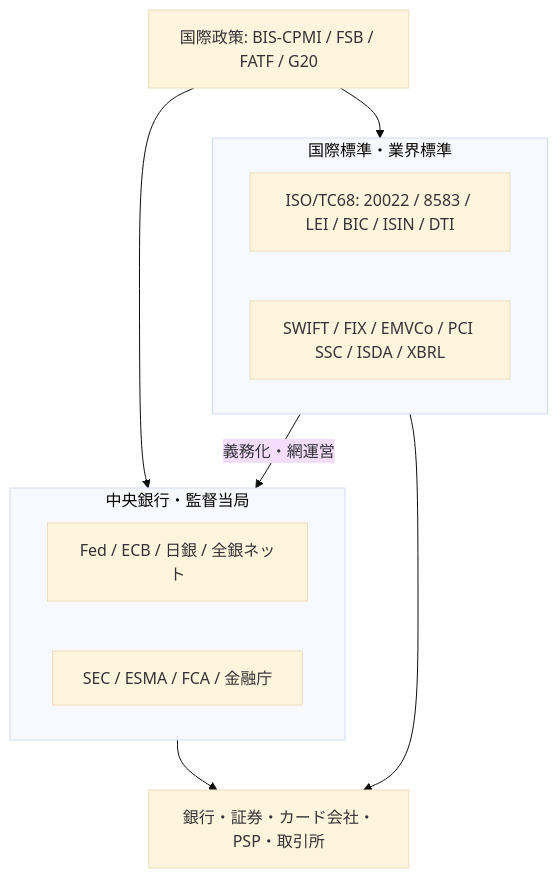
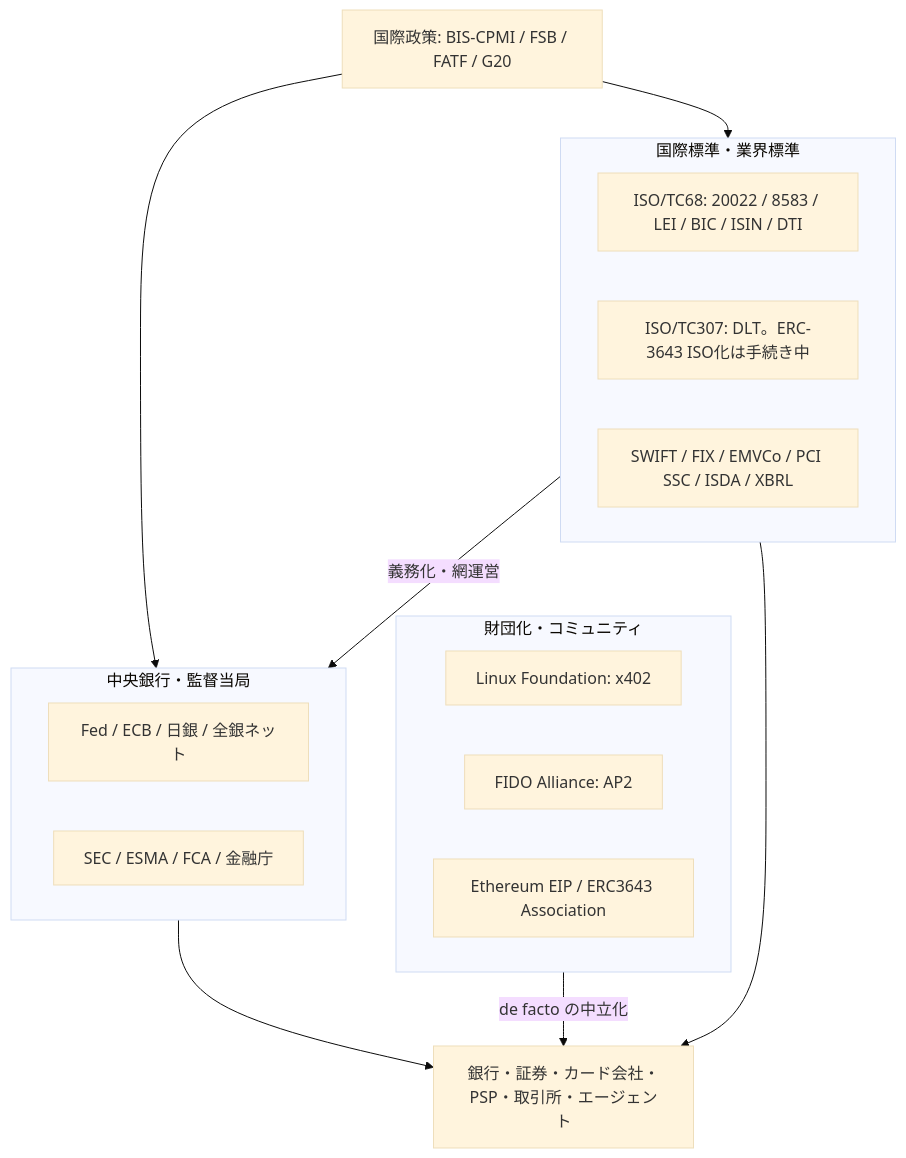
Before and after one commit to shuji-bonji/Current-Status-of-International-Standard-Adoption: the first of 4 diagrams in 金融標準の総括_カタログと採用実態.md, drawn with Mermaid (base theme). The commit also changed other lines of this file and 11 other files, not shown here.

````diff
--- a/金融標準の総括_カタログと採用実態.md
+++ b/金融標準の総括_カタログと採用実態.md
@@ -44,17 +52,24 @@
 ```mermaid
 flowchart TD
     subgraph 国際[国際標準・業界標準]
       ISO[ISO/TC68: 20022 / 8583 / LEI / BIC / ISIN / DTI]
+      TC307[ISO/TC307: DLT。ERC-3643 ISO化は手続き中]
       IND[SWIFT / FIX / EMVCo / PCI SSC / ISDA / XBRL]
+    end
+    subgraph 財団[財団化・コミュニティ]
+      LF[Linux Foundation: x402]
+      FIDO[FIDO Alliance: AP2]
+      ETH[Ethereum EIP / ERC3643 Association]
     end
     subgraph 当局[中央銀行・監督当局]
       CB[Fed / ECB / 日銀 / 全銀ネット]
       REG[SEC / ESMA / FCA / 金融庁]
     end
     国際 -->|義務化・網運営| 当局
+    財団 -->|de facto の中立化| 現場
     POL[国際政策: BIS-CPMI / FSB / FATF / G20]
     POL --> 当局
     POL --> 国際
-    当局 --> 現場[銀行・証券・カード会社・PSP・取引所]
+    当局 --> 現場[銀行・証券・カード会社・PSP・取引所・エージェント]
     国際 --> 現場
 ```
````
